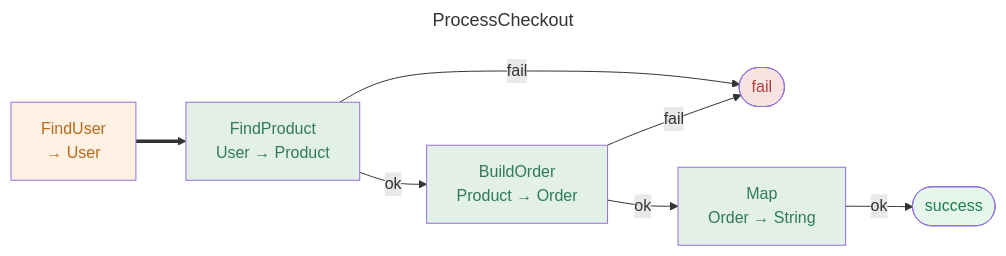
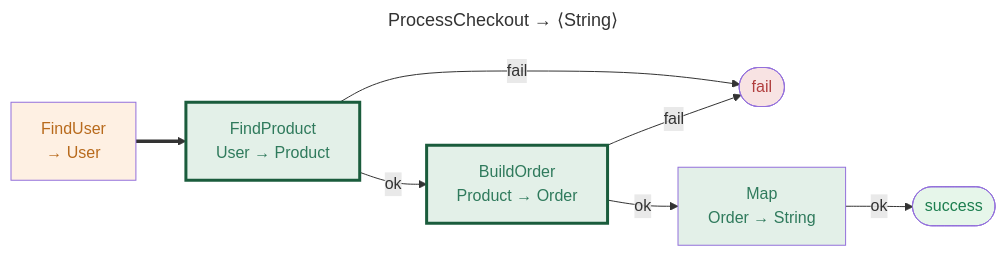
Before and after one commit to reslava/nuget-package-reslava-result: the eighth of 10 diagrams in mkdocs/demo/flow-catalog.md, drawn with Mermaid. The commit also changed other lines of this file and 3 other files, not shown here.

Commit message:
fix: escape &quot; in predicate tooltips; skip Legend constant in flow catalog

````diff
--- a/mkdocs/demo/flow-catalog.md
+++ b/mkdocs/demo/flow-catalog.md
@@ -258,26 +260,27 @@
 ```mermaid
 ---
-title: ProcessCheckout
+title: ProcessCheckout → ⟨String⟩
 ---
 flowchart LR
     ENTRY_ROOT["FindUser<br/>→ User"]:::operation ==> N0_FindProduct
-    N0_FindProduct["FindProduct<br/>User → Product"]:::transform
+    N0_FindProduct["FindProduct<br/>User → Product"]:::bind
     N0_FindProduct -->|ok| N1_BuildOrder
     N0_FindProduct -->|fail| FAIL
-    N1_BuildOrder["BuildOrder<br/>Product → Order"]:::transform
+    N1_BuildOrder["BuildOrder<br/>Product → Order"]:::bind
     N1_BuildOrder -->|ok| N2_Map
     N1_BuildOrder -->|fail| FAIL
-    N2_Map["Map<br/>Order → String"]:::transform
+    N2_Map["Map<br/>Order → String"]:::map
     N2_Map -->|ok| SUCCESS
     SUCCESS([success]):::success
     FAIL([fail])
     FAIL:::failure
     classDef operation fill:#fef0e3,color:#b86a1c
-    classDef transform fill:#e3f0e8,color:#2f7a5c
+    classDef bind fill:#e3f0e8,color:#2f7a5c,stroke:#1a5c3c,stroke-width:3px
+    classDef map fill:#e3f0e8,color:#2f7a5c
     classDef success fill:#e6f6ea,color:#1c7e4f
     classDef failure fill:#f8e3e3,color:#b13e3e
 %% --- Node correlation (ReasonMetadata.NodeId / PipelineStep) ---
 %%   N0_FindProduct → FindProduct
 %%   N1_BuildOrder → BuildOrder
 %%   N2_Map → Map
 ```
````
